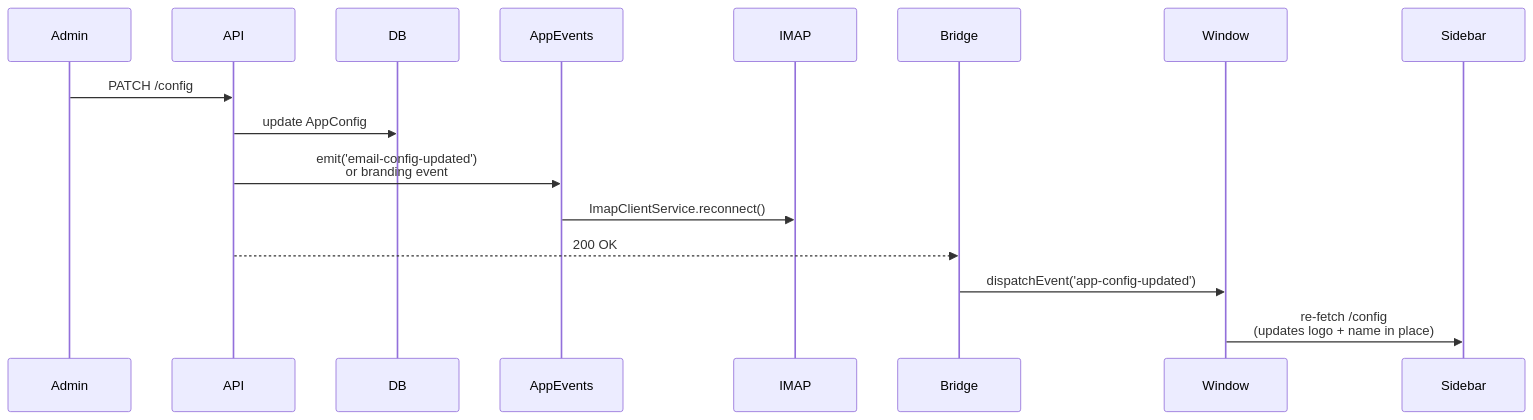
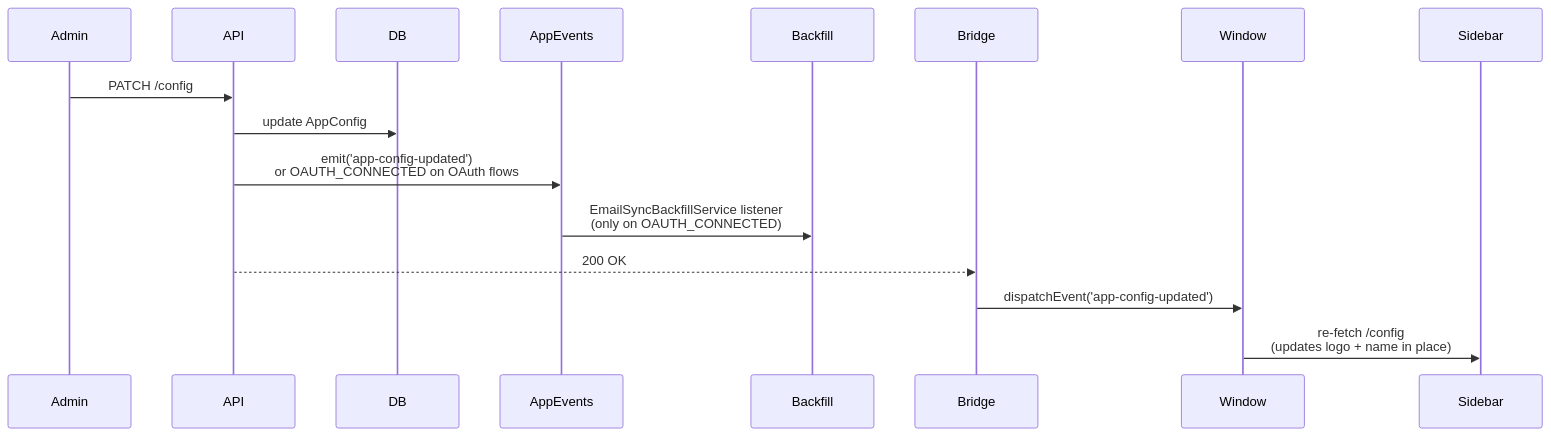
One commit to Vignesh-Siva96/tmr_athena changed the diagram in docs/atlas/settings.md. Above: the diagram before and after it, drawn with Mermaid. The commit also changed other lines of this file and 164 other files, not shown here.

````diff
--- a/docs/atlas/settings.md
+++ b/docs/atlas/settings.md
@@ -25,10 +26,10 @@
 ```mermaid
 sequenceDiagram
   Admin->>API: PATCH /config
   API->>DB: update AppConfig
-  API->>AppEvents: emit('email-config-updated')<br/>or branding event
-  AppEvents->>IMAP: ImapClientService.reconnect()
+  API->>AppEvents: emit('app-config-updated')<br/>or OAUTH_CONNECTED on OAuth flows
+  AppEvents->>Backfill: EmailSyncBackfillService listener<br/>(only on OAUTH_CONNECTED)
   API-->>Bridge: 200 OK
   Bridge->>Window: dispatchEvent('app-config-updated')
   Window->>Sidebar: re-fetch /config<br/>(updates logo + name in place)
 ```
````
